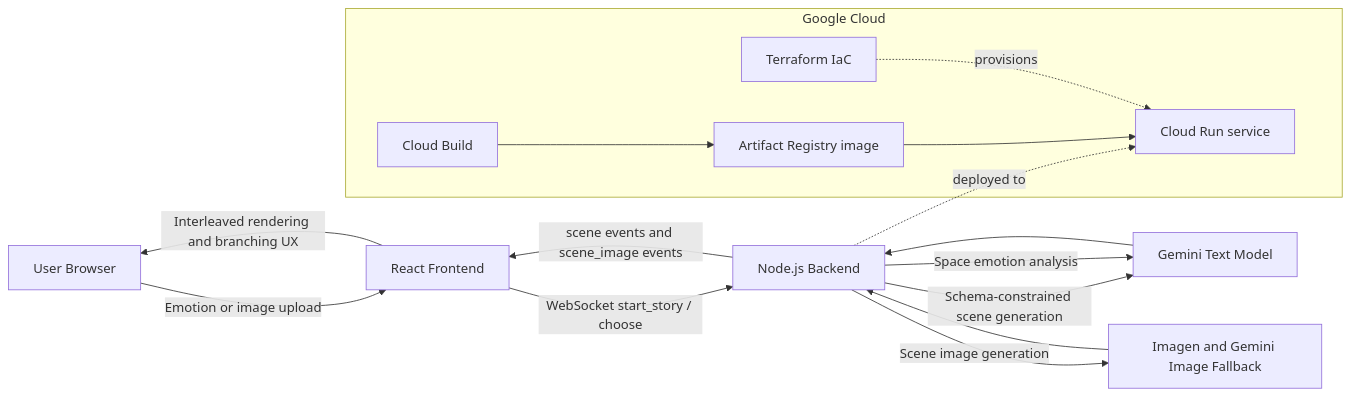
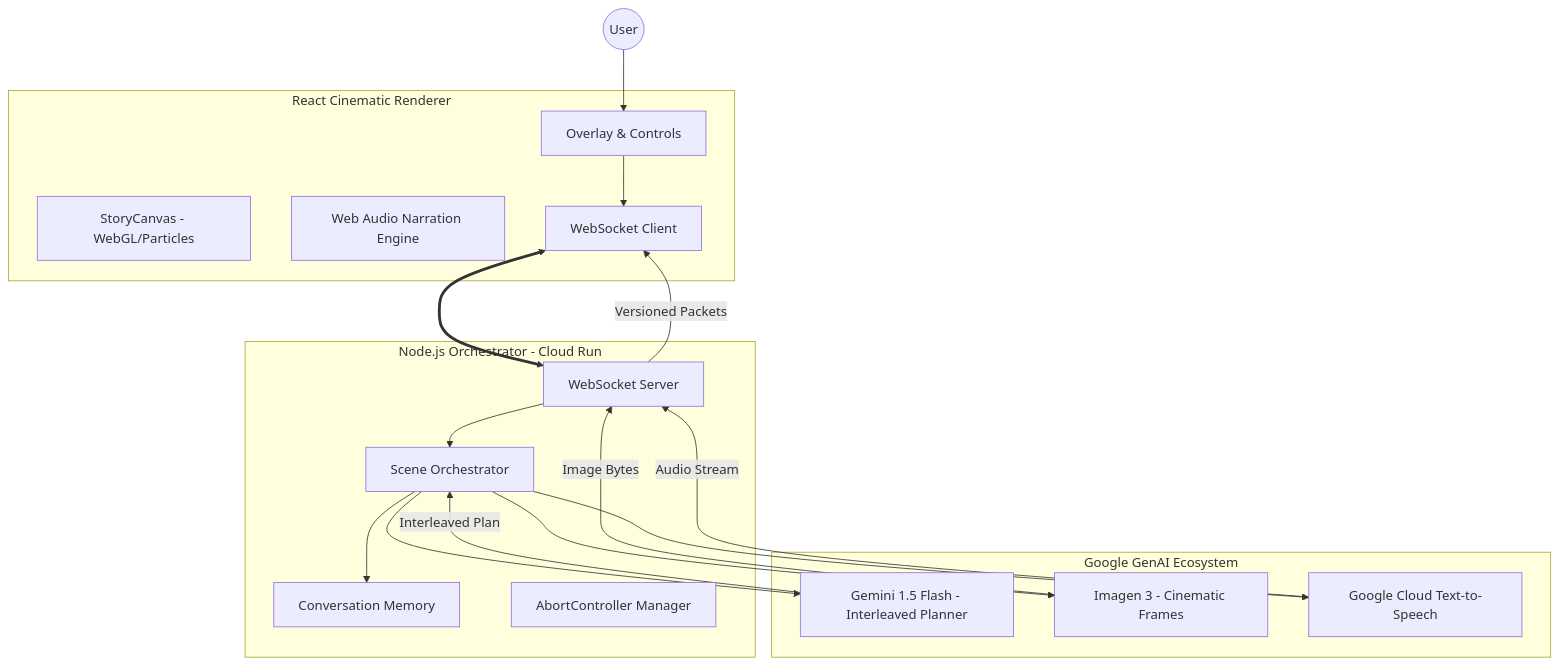
Before and after one commit to M7mdRef3t/maraya-storyteller: the diagram in docs/ARCHITECTURE.md, drawn with Mermaid. The commit also changed other lines of this file and 7 other files, not shown here.

Commit message:
docs: add architecture diagram and implement debug overlay for demo proof

````diff
--- a/docs/ARCHITECTURE.md
+++ b/docs/ARCHITECTURE.md
@@ -5,23 +7,39 @@
 ```mermaid
-flowchart LR
-  U[User Browser] -->|Emotion or image upload| FE[React Frontend]
-  FE -->|WebSocket start_story / choose| BE[Node.js Backend]
-  BE -->|Schema-constrained scene generation| GM[Gemini Text Model]
-  BE -->|Space emotion analysis| GM
-  BE -->|Scene image generation| IM[Imagen and Gemini Image Fallback]
-  GM --> BE
-  IM --> BE
-  BE -->|scene events and scene_image events| FE
-  FE -->|Interleaved rendering and branching UX| U
+graph TD
+    User((User))
+    
+    subgraph Frontend [React Cinematic Renderer]
+        UI[Overlay & Controls]
+        Canvas[StoryCanvas - WebGL/Particles]
+        Audio[Web Audio Narration Engine]
+        WS_Client[WebSocket Client]
+    end
 
-  subgraph GCP[Google Cloud]
-    CR[Cloud Run service]
-    CB[Cloud Build]
-    AR[Artifact Registry image]
-    TF[Terraform IaC]
-  end
+    subgraph Backend [Node.js Orchestrator - Cloud Run]
+        WS_Server[WebSocket Server]
+        Controller[Scene Orchestrator]
+        History[Conversation Memory]
+        Abort[AbortController Manager]
+    end
 
-  BE -. deployed to .-> CR
-  CB --> AR --> CR
-  TF -. provisions .-> CR
+    subgraph Google_Cloud_AI [Google GenAI Ecosystem]
+        Gemini[Gemini 1.5 Flash - Interleaved Planner]
+        Imagen[Imagen 3 - Cinematic Frames]
+        TTS[Google Cloud Text-to-Speech]
+    end
+
+    User --> UI
+    UI --> WS_Client
+    WS_Client <==> WS_Server
+    WS_Server --> Controller
+    Controller --> History
+    Controller --> Gemini
+    Controller --> Imagen
+    Controller --> TTS
+    
+    Gemini -- "Interleaved Plan" --> Controller
+    Imagen -- "Image Bytes" --> WS_Server
+    TTS -- "Audio Stream" --> WS_Server
+    
+    WS_Server -- "Versioned Packets" --> WS_Client
 ```
````
